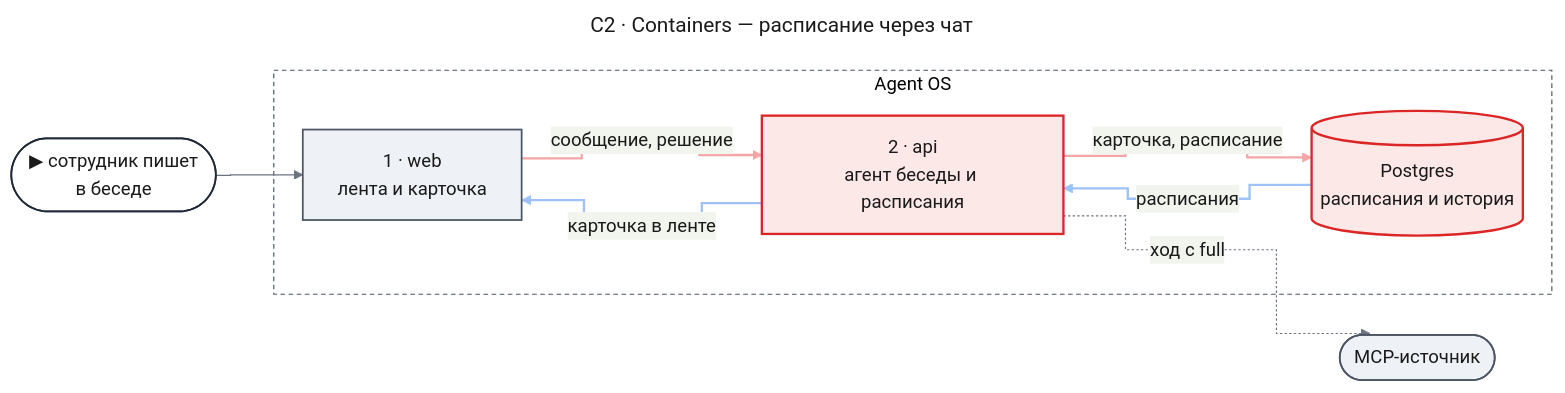
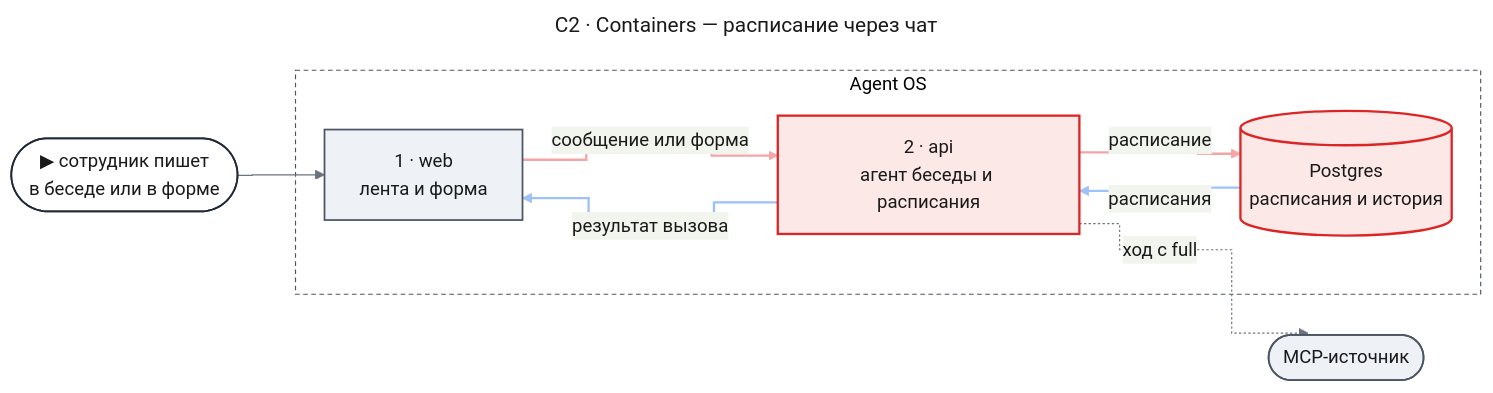
The first of 4 diagrams in docs/features/chat-scheduling/design-server.md (tundraray/agent-os), drawn with Mermaid before and after one commit. The commit also changed other lines of this file, not shown here.

````diff
--- a/docs/features/chat-scheduling/design-server.md
+++ b/docs/features/chat-scheduling/design-server.md
@@ -127,48 +93,48 @@
 ```mermaid
 ---
 title: "C2 · Containers — расписание через чат"
 config:
   theme: base
   look: classic
   themeVariables:
     primaryColor: "#eef1f5"
     primaryBorderColor: "#4b5563"
     primaryTextColor: "#1a1a1a"
     lineColor: "#6b7280"
   flowchart:
     curve: step
   themeCSS: |
     @keyframes lit_c2{0%,22.5%{stroke:#991b1b;stroke-width:6px}25%,100%{stroke:#f4a5a5;stroke-width:2px}}
     @keyframes litr_c2{0%,22.5%{stroke:#1d4ed8;stroke-width:6px}25%,100%{stroke:#9ec1f7;stroke-width:2px}}
 ---
 flowchart LR
-    entry(["▶ сотрудник пишет<br/>в беседе"])
+    entry(["▶ сотрудник пишет<br/>в беседе или в форме"])
     subgraph aos["Agent OS"]
-        web["1 · web<br/>лента и карточка"]
+        web["1 · web<br/>лента и форма"]
         api["2 · api<br/>агент беседы и расписания"]
         db[("Postgres<br/>расписания и история")]
     end
     mcp(["MCP-источник"])
     entry --> web
-    web e1@-->|"сообщение, решение"| api
-    api e2@-->|"карточка, расписание"| db
+    web e1@-->|"сообщение или форма"| api
+    api e2@-->|"расписание"| db
     db e3@-->|"расписания"| api
-    api e4@-->|"карточка в ленте"| web
+    api e4@-->|"результат вызова"| web
     api -.->|"ход с full"| mcp
     classDef entry fill:#ffffff,stroke:#1f2937,stroke-width:1.5px,color:#1a1a1a
     classDef changed fill:#fde8e8,stroke:#dc2626,stroke-width:2px,color:#1a1a1a
     classDef unchanged fill:#eef1f5,stroke:#4b5563,stroke-width:1.5px,color:#1a1a1a
     classDef frame fill:none,stroke:#4b5563,stroke-width:1px,stroke-dasharray:4 3
     classDef w1 stroke:#f4a5a5,stroke-width:2px,animation:lit_c2 4.8s linear 0s infinite
     classDef w2 stroke:#f4a5a5,stroke-width:2px,animation:lit_c2 4.8s linear 1.2s infinite
     classDef r1 stroke:#9ec1f7,stroke-width:2px,animation:litr_c2 4.8s linear 2.4s infinite
     classDef r2 stroke:#9ec1f7,stroke-width:2px,animation:litr_c2 4.8s linear 3.6s infinite
     class entry entry
     class api,db changed
     class web,mcp unchanged
     class aos frame
     class e1 w1
     class e2 w2
     class e3 r1
     class e4 r2
 ```
````
